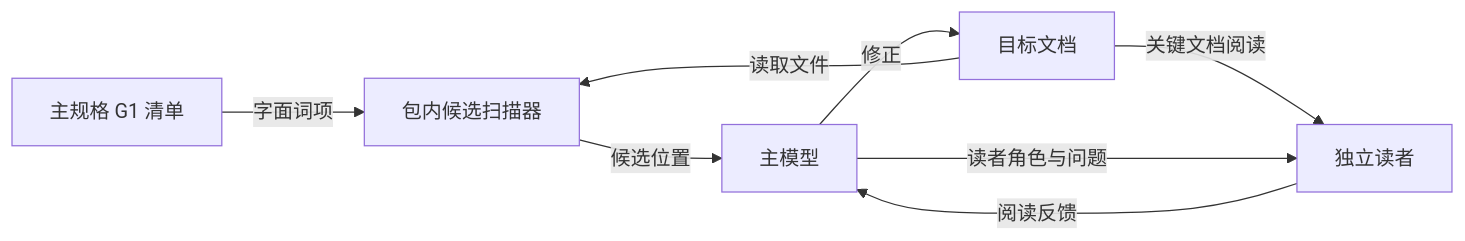
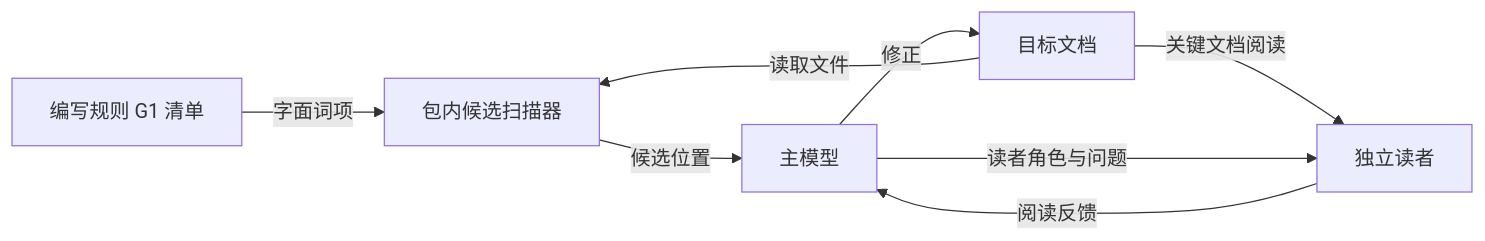
One commit to blankhoney/doc-writing changed the second of 2 diagrams in docs/guide/architecture.md. Above: the diagram before and after it, drawn with Mermaid. The commit also changed other lines of this file and 44 other files, not shown here.

````diff
--- a/docs/guide/architecture.md
+++ b/docs/guide/architecture.md
@@ -61,10 +61,10 @@
 ```mermaid
 flowchart LR
-    rules[主规格 G1 清单] -->|字面词项| lint[包内候选扫描器]
+    rules[编写规则 G1 清单] -->|字面词项| lint[包内候选扫描器]
     document[目标文档] -->|读取文件| lint
     lint -->|候选位置| model[主模型]
     model -->|修正| document
     document -->|关键文档阅读| reader[独立读者]
     model -->|读者角色与问题| reader
     reader -->|阅读反馈| model
 ```
````
